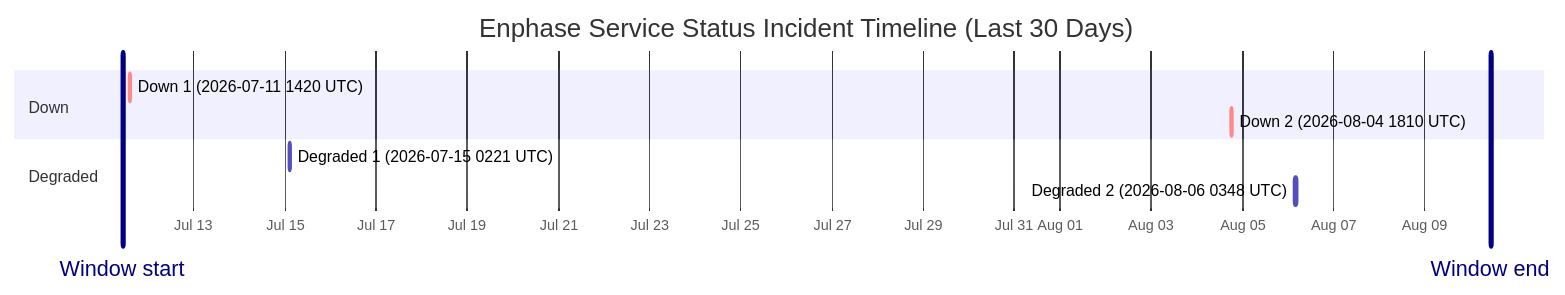
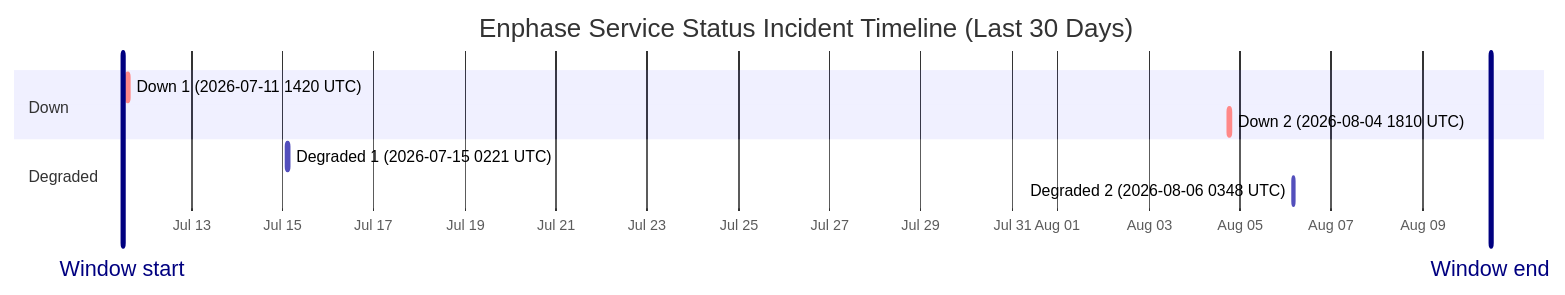
Before and after one commit to barneyonline/ha-enphase-energy: the diagram in wiki/Service-Status-History.md, drawn with Mermaid. The commit also changed other lines of this file and 3 other files, not shown here.

````diff
--- a/wiki/Service-Status-History.md
+++ b/wiki/Service-Status-History.md
@@ -14,14 +14,14 @@
 ```mermaid
 gantt
     title Enphase Service Status Incident Timeline (Last 30 Days)
     dateFormat  YYYY-MM-DDTHH:mm:ss
     axisFormat  %b %d
-    Window start :vert, window-start, 2026-07-11T10:42:23, 0ms
-    Window end :vert, window-end, 2026-08-10T10:42:23, 0ms
+    Window start :vert, window-start, 2026-07-11T11:45:00, 0ms
+    Window end :vert, window-end, 2026-08-10T11:45:00, 0ms
     section Down
     Down 1 (2026-07-11 1420 UTC) :crit, down-1, 2026-07-11T14:20:54, 69m
     Down 2 (2026-08-04 1810 UTC) :crit, down-2, 2026-08-04T18:10:46, 60m
     section Degraded
     Degraded 1 (2026-07-15 0221 UTC) :active, degraded-1, 2026-07-15T02:21:35, 60m
     Degraded 2 (2026-08-06 0348 UTC) :active, degraded-2, 2026-08-06T03:48:14, 60m
 ```
````
